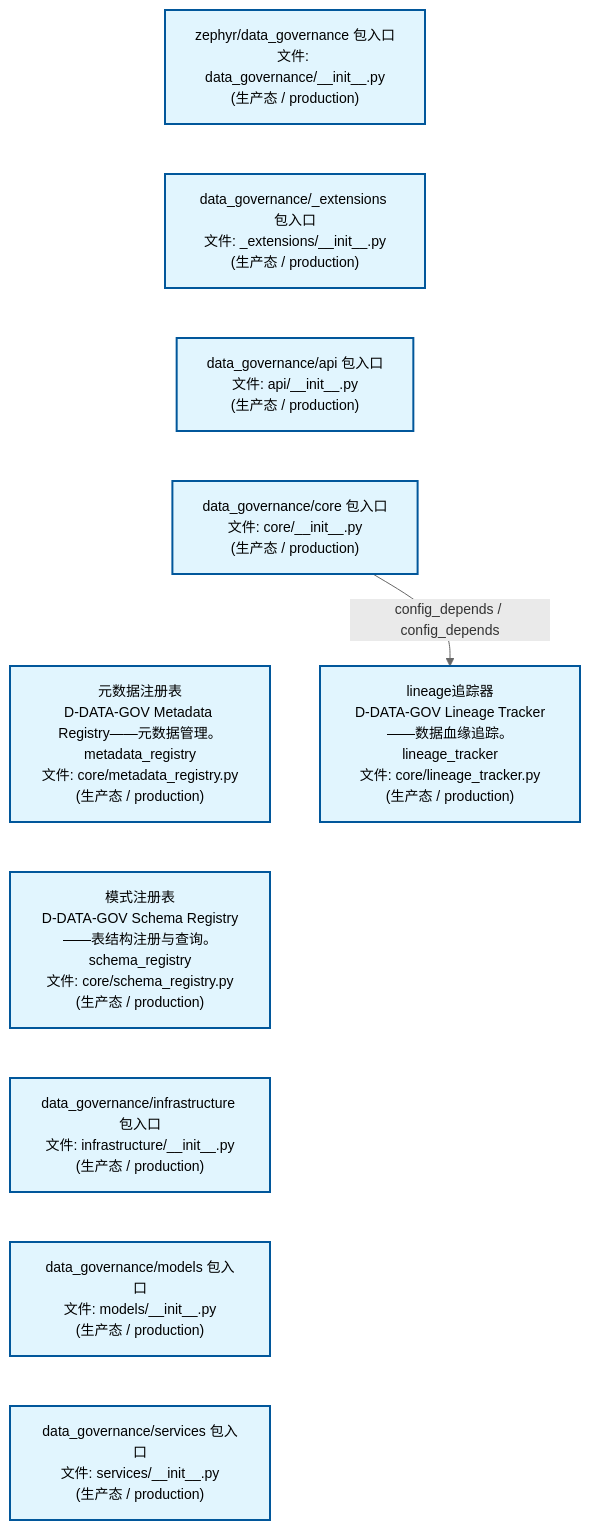
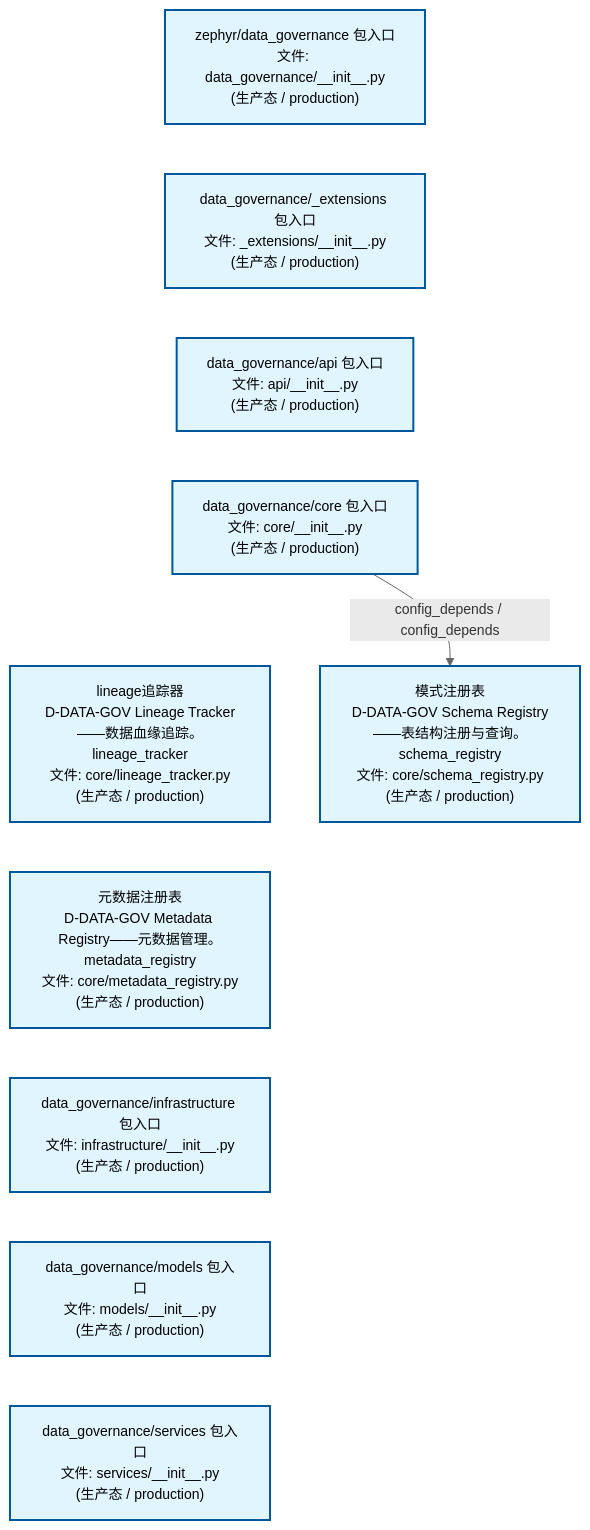
One commit to xuanFelixVan/ZephyrAlpha changed the first of 2 diagrams in docs/02_enterprise_architecture/02_domain_architecture_docs/13_d_data_gov.md. Above: the diagram before and after it, drawn with Mermaid. The commit also changed other lines of this file and 42 other files, not shown here.

````diff
--- a/docs/02_enterprise_architecture/02_domain_architecture_docs/13_d_data_gov.md
+++ b/docs/02_enterprise_architecture/02_domain_architecture_docs/13_d_data_gov.md
@@ -53,28 +53,28 @@
 ```mermaid
 %%{init: {'theme': 'base', 'themeVariables': {'primaryColor': '#eaeaea', 'primaryTextColor': '#333333', 'primaryBorderColor': '#666666', 'lineColor': '#666666', 'secondaryColor': '#eaeaea', 'tertiaryColor': '#eaeaea', 'fontSize': '14px'}}}%%
 flowchart TD
     src_zephyr_data_governance_init_py["zephyr/data_governance 包入口<br/>文件: data_governance/__init__.py<br/>(生产态 / production)"]
     src_zephyr_data_governance_extensions_init_py["data_governance/_extensions 包入口<br/>文件: _extensions/__init__.py<br/>(生产态 / production)"]
     src_zephyr_data_governance_api_init_py["data_governance/api 包入口<br/>文件: api/__init__.py<br/>(生产态 / production)"]
     src_zephyr_data_governance_core_init_py["data_governance/core 包入口<br/>文件: core/__init__.py<br/>(生产态 / production)"]
+    src_zephyr_data_governance_core_lineage_tracker_py["lineage追踪器<br/>D-DATA-GOV Lineage Tracker——数据血缘追踪。<br/>lineage_tracker<br/>文件: core/lineage_tracker.py<br/>(生产态 / production)"]
     src_zephyr_data_governance_core_metadata_registry_py["元数据注册表<br/>D-DATA-GOV Metadata Registry——元数据管理。<br/>metadata_registry<br/>文件: core/metadata_registry.py<br/>(生产态 / production)"]
-    src_zephyr_data_governance_core_schema_registry_py["模式注册表<br/>D-DATA-GOV Schema Registry——表结构注册与查询。<br/>schema_registry<br/>文件: core/schema_registry.py<br/>(生产态 / production)"]
     src_zephyr_data_governance_infrastructure_init_py["data_governance/infrastructure 包入口<br/>文件: infrastructure/__init__.py<br/>(生产态 / production)"]
     src_zephyr_data_governance_models_init_py["data_governance/models 包入口<br/>文件: models/__init__.py<br/>(生产态 / production)"]
     src_zephyr_data_governance_services_init_py["data_governance/services 包入口<br/>文件: services/__init__.py<br/>(生产态 / production)"]
     src_zephyr_data_governance_init_py ~~~ src_zephyr_data_governance_extensions_init_py
     src_zephyr_data_governance_extensions_init_py ~~~ src_zephyr_data_governance_api_init_py
     src_zephyr_data_governance_api_init_py ~~~ src_zephyr_data_governance_core_init_py
-    src_zephyr_data_governance_core_init_py ~~~ src_zephyr_data_governance_core_metadata_registry_py
-    src_zephyr_data_governance_core_metadata_registry_py ~~~ src_zephyr_data_governance_core_schema_registry_py
-    src_zephyr_data_governance_core_schema_registry_py ~~~ src_zephyr_data_governance_infrastructure_init_py
+    src_zephyr_data_governance_core_init_py ~~~ src_zephyr_data_governance_core_lineage_tracker_py
+    src_zephyr_data_governance_core_lineage_tracker_py ~~~ src_zephyr_data_governance_core_metadata_registry_py
+    src_zephyr_data_governance_core_metadata_registry_py ~~~ src_zephyr_data_governance_infrastructure_init_py
     src_zephyr_data_governance_infrastructure_init_py ~~~ src_zephyr_data_governance_models_init_py
     src_zephyr_data_governance_models_init_py ~~~ src_zephyr_data_governance_services_init_py
-    src_zephyr_data_governance_core_lineage_tracker_py["lineage追踪器<br/>D-DATA-GOV Lineage Tracker——数据血缘追踪。<br/>lineage_tracker<br/>文件: core/lineage_tracker.py<br/>(生产态 / production)"]
-    src_zephyr_data_governance_core_init_py -->|config_depends / config_depends| src_zephyr_data_governance_core_lineage_tracker_py
+    src_zephyr_data_governance_core_schema_registry_py["模式注册表<br/>D-DATA-GOV Schema Registry——表结构注册与查询。<br/>schema_registry<br/>文件: core/schema_registry.py<br/>(生产态 / production)"]
+    src_zephyr_data_governance_core_init_py -->|config_depends / config_depends| src_zephyr_data_governance_core_schema_registry_py
     classDef production fill:#e1f5fe,stroke:#01579b,stroke-width:2px,color:#000
     classDef design fill:#fff3e0,stroke:#e65100,stroke-width:2px,color:#000,stroke-dasharray: 5 5
     classDef external_prod fill:#e8f4fd,stroke:#0277bd,stroke-width:1px,color:#000
     classDef external_design fill:#fff8e7,stroke:#ef6c00,stroke-width:1px,color:#000,stroke-dasharray: 5 5
     class src_zephyr_data_governance_init_py,src_zephyr_data_governance_extensions_init_py,src_zephyr_data_governance_api_init_py,src_zephyr_data_governance_core_init_py,src_zephyr_data_governance_core_lineage_tracker_py,src_zephyr_data_governance_core_metadata_registry_py,src_zephyr_data_governance_core_schema_registry_py,src_zephyr_data_governance_infrastructure_init_py,src_zephyr_data_governance_models_init_py,src_zephyr_data_governance_services_init_py production
 ```
````
